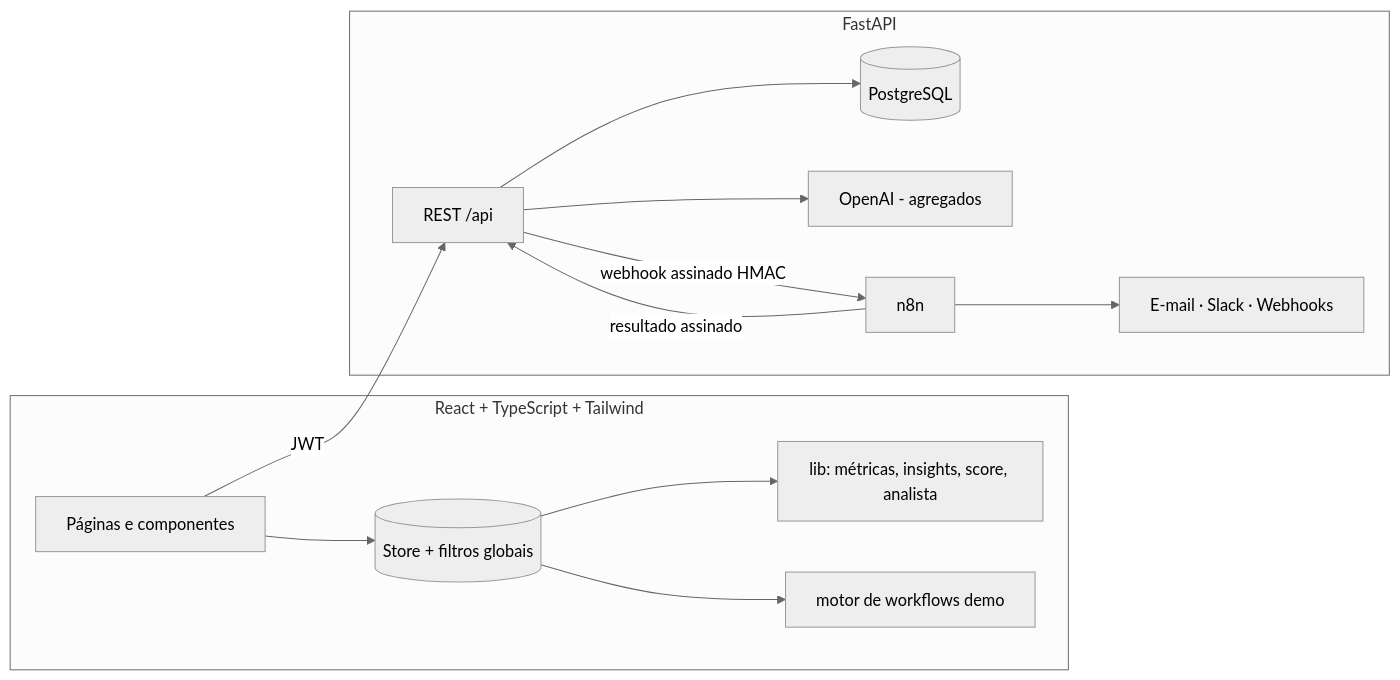
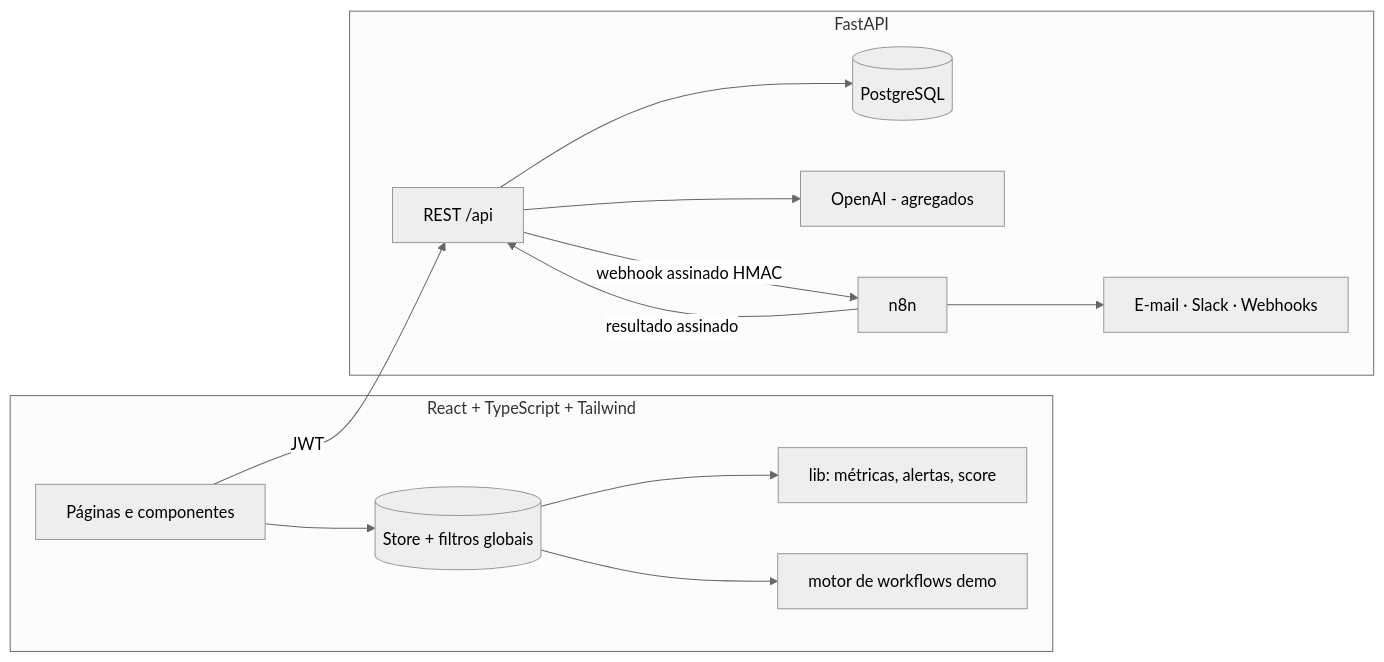
The diagram in README.md (marlonrodrigues120-creator/marketing-performance-analytics), drawn with Mermaid (neutral theme) before and after one commit. The commit also changed other lines of this file and 37 other files, not shown here.

````diff
--- a/README.md
+++ b/README.md
@@ -66,16 +63,16 @@
 ```mermaid
 flowchart LR
   subgraph Frontend [React + TypeScript + Tailwind]
     UI[Páginas e componentes] --> Store[(Store + filtros globais)]
-    Store --> Lib[lib: métricas, insights, score, analista]
+    Store --> Lib[lib: métricas, alertas, score]
     Store --> Engine[motor de workflows demo]
   end
   subgraph Backend [FastAPI]
     API[REST /api] --> SQL[(PostgreSQL)]
     API --> AI[OpenAI - agregados]
     API -- webhook assinado HMAC --> N8N[n8n]
     N8N -- resultado assinado --> API
     N8N --> Out[E-mail · Slack · Webhooks]
   end
   UI -- JWT --> API
 ```
````
